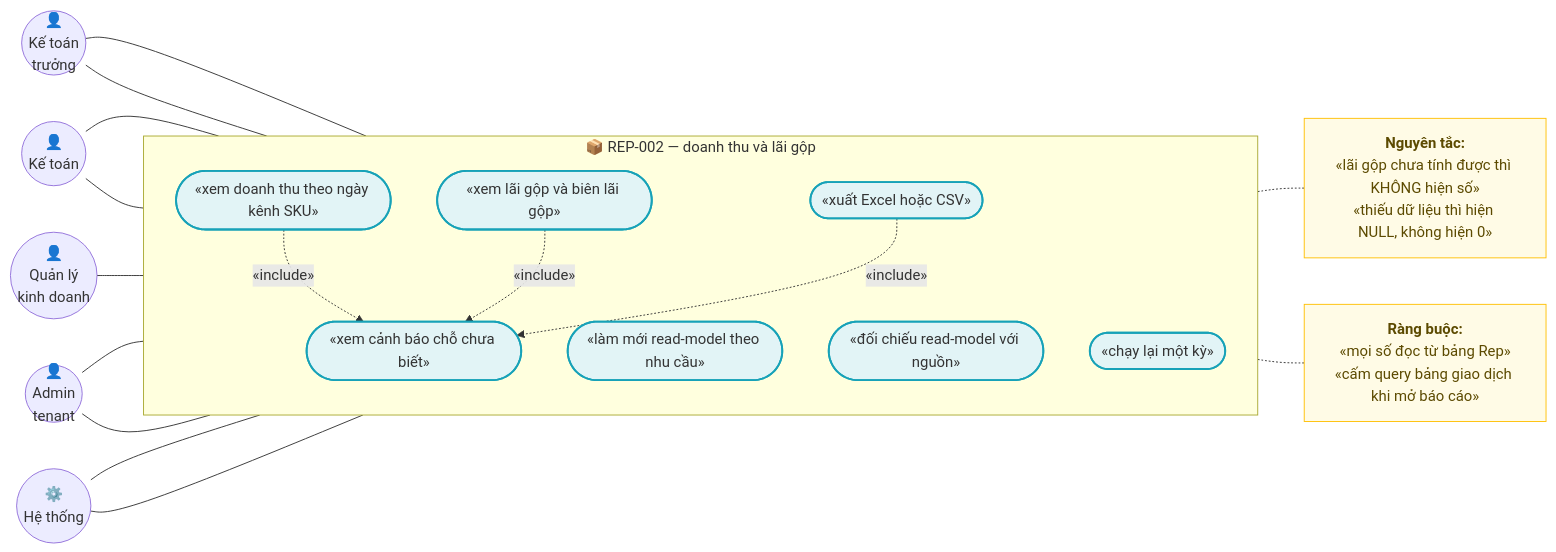
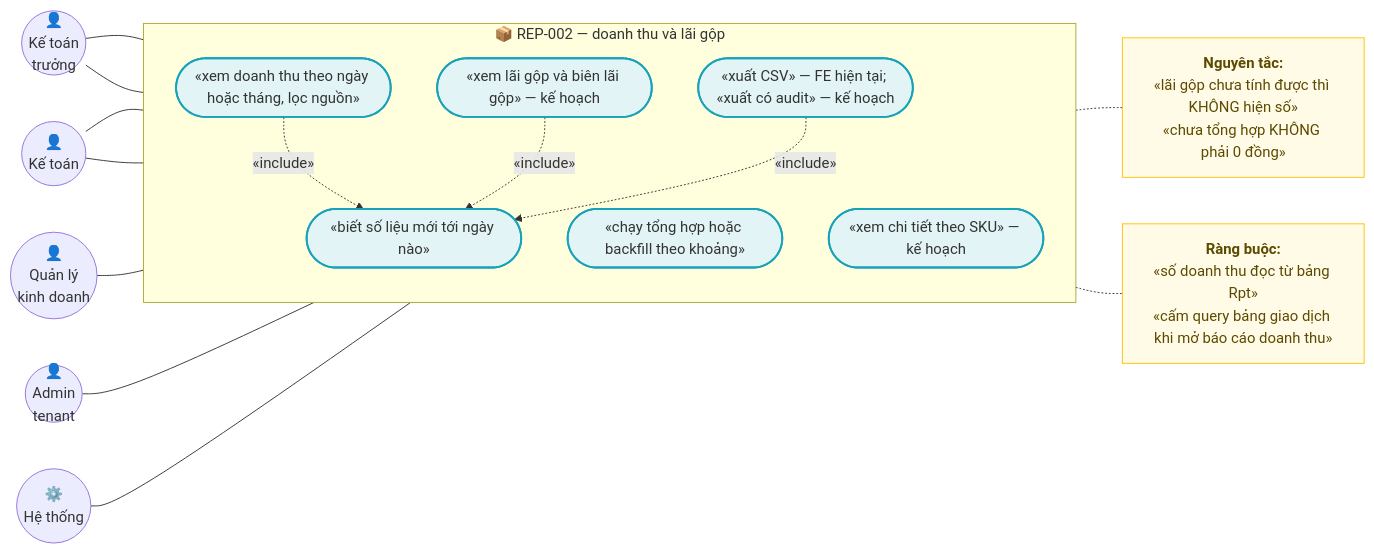
Before and after one commit to hungnt9801/eCommerce: the first of 7 diagrams in docs/features/reporting/rep-002-bao-cao-doanh-thu-lai-gop.md, drawn with Mermaid. The commit also changed other lines of this file and 5 other files, not shown here.

````diff
--- a/docs/features/reporting/rep-002-bao-cao-doanh-thu-lai-gop.md
+++ b/docs/features/reporting/rep-002-bao-cao-doanh-thu-lai-gop.md
@@ -116,43 +117,40 @@
 ```mermaid
 flowchart LR
     classDef actor fill:#d4edda,stroke:#155724,stroke-width:2px;
     classDef usecase fill:#e2f4f6,stroke:#17a2b8,stroke-width:2px;
     classDef note fill:#fffbe6,stroke:#ffc107,stroke-width:1px,color:#5c4a00;
 
     KTT(("👤<br/>Kế toán<br/>trưởng"))
     KT(("👤<br/>Kế toán"))
     KD(("👤<br/>Quản lý<br/>kinh doanh"))
     ADM(("👤<br/>Admin<br/>tenant"))
     HT(("⚙️<br/>Hệ thống"))
 
     subgraph REP["📦 REP-002 — doanh thu và lãi gộp"]
         direction TB
-        UC1(["«xem doanh thu theo ngày kênh SKU»"])
-        UC2(["«xem lãi gộp và biên lãi gộp»"])
-        UC3(["«xem cảnh báo chỗ chưa biết»"])
-        UC4(["«xuất Excel hoặc CSV»"])
-        UC5(["«làm mới read-model theo nhu cầu»"])
-        UC6(["«đối chiếu read-model với nguồn»"])
-        UC7(["«chạy lại một kỳ»"])
-        class UC1,UC2,UC3,UC4,UC5,UC6,UC7 usecase;
+        UC1(["«xem doanh thu theo ngày hoặc tháng, lọc nguồn»"])
+        UC2(["«xem lãi gộp và biên lãi gộp» — kế hoạch"])
+        UC3(["«biết số liệu mới tới ngày nào»"])
+        UC4(["«xuất CSV» — FE hiện tại; «xuất có audit» — kế hoạch"])
+        UC5(["«chạy tổng hợp hoặc backfill theo khoảng»"])
+        UC6(["«xem chi tiết theo SKU» — kế hoạch"])
+        class UC1,UC2,UC3,UC4,UC5,UC6 usecase;
     end
 
-    N1["<b>Nguyên tắc:</b><br/>«lãi gộp chưa tính được thì KHÔNG hiện số»<br/>«thiếu dữ liệu thì hiện NULL, không hiện 0»"]
-    N2["<b>Ràng buộc:</b><br/>«mọi số đọc từ bảng Rep»<br/>«cấm query bảng giao dịch khi mở báo cáo»"]
+    N1["<b>Nguyên tắc:</b><br/>«lãi gộp chưa tính được thì KHÔNG hiện số»<br/>«chưa tổng hợp KHÔNG phải 0 đồng»"]
+    N2["<b>Ràng buộc:</b><br/>«số doanh thu đọc từ bảng Rpt»<br/>«cấm query bảng giao dịch khi mở báo cáo doanh thu»"]
     class N1,N2 note;
 
     KTT --- UC2
     KTT --- UC4
     KT --- UC1
     KT --- UC4
     KD --- UC1
     ADM --- UC5
-    ADM --- UC7
     HT --- UC5
-    HT --- UC6
     UC1 -. "«include»" .-> UC3
     UC2 -. "«include»" .-> UC3
     UC4 -. "«include»" .-> UC3
     UC2 -.- N1
     UC1 -.- N2
 ```
````
